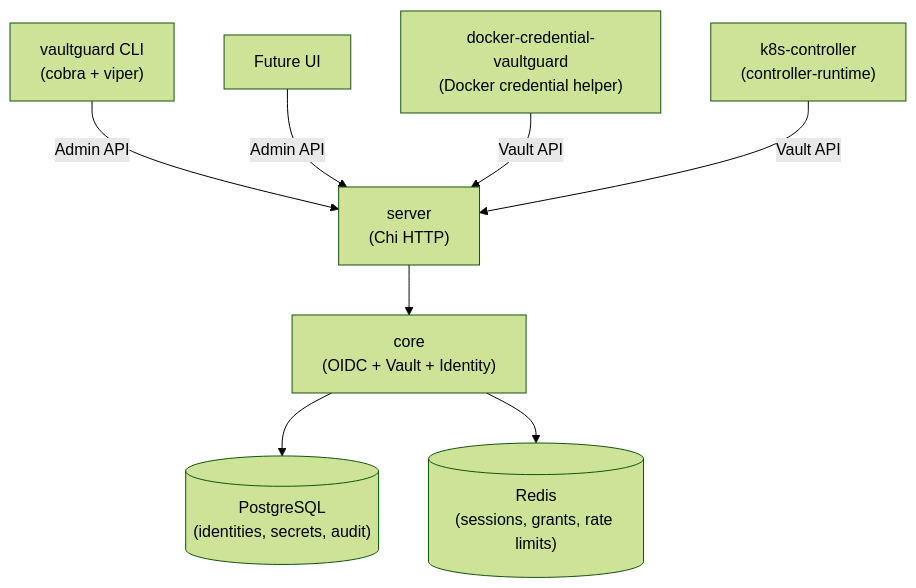
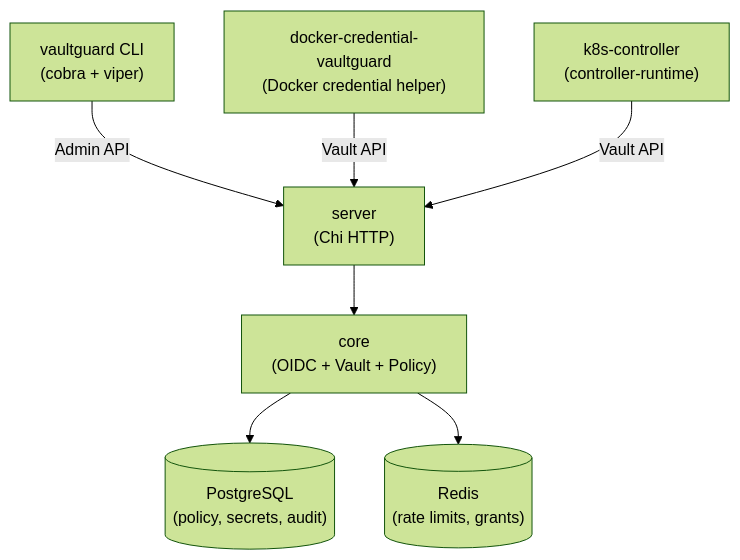
The diagram in README.md (edschr84/vaultguard), drawn with Mermaid (forest theme) before and after one commit. The commit also changed other lines of this file and 23 other files, not shown here.

First line of the commit message:
enforce policy-gated Vault access and fix auth/policy regressions

````diff
--- a/README.md
+++ b/README.md
@@ -7,19 +7,17 @@
 ```mermaid
 graph TD
     CLI["vaultguard CLI\n(cobra + viper)"]
-    UI["Future UI"]
     DockerPlugin["docker-credential-vaultguard\n(Docker credential helper)"]
     K8sCtrl["k8s-controller\n(controller-runtime)"]
     Server["server\n(Chi HTTP)"]
-    Core["core\n(OIDC + Vault + Identity)"]
-    PG[("PostgreSQL\n(identities, secrets, audit)")]
-    Redis[("Redis\n(sessions, grants, rate limits)")]
+    Core["core\n(OIDC + Vault + Policy)"]
+    PG[("PostgreSQL\n(policy, secrets, audit)")]
+    Redis[("Redis\n(rate limits, grants)")]
 
     CLI -->|Admin API| Server
-    UI -->|Admin API| Server
     DockerPlugin -->|Vault API| Server
     K8sCtrl -->|Vault API| Server
     Server --> Core
     Core --> PG
     Core --> Redis
 ```
````
